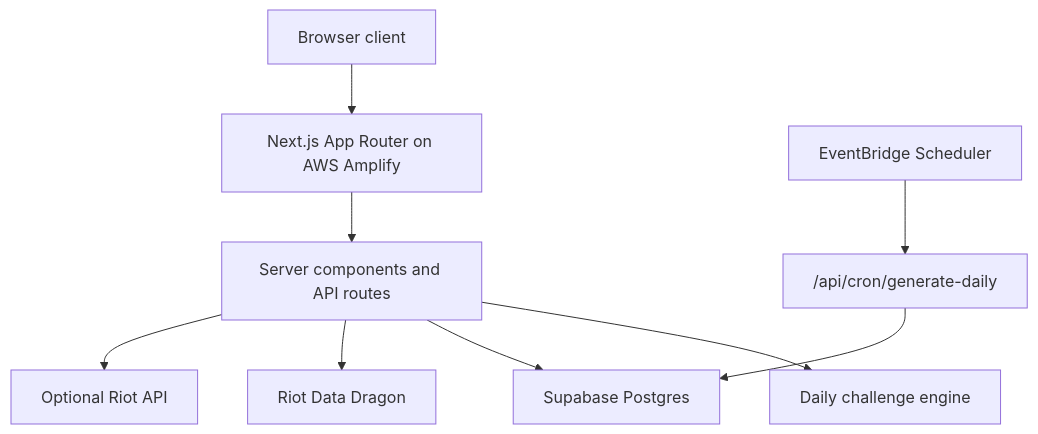
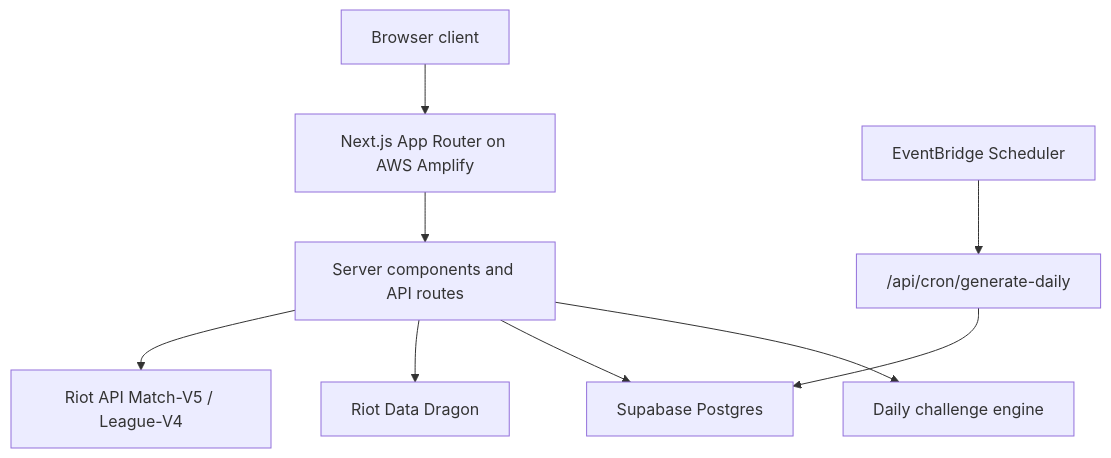
Before and after one commit to nguyenttleo/RiftDaily: the diagram in docs/ARCHITECTURE.md, drawn with Mermaid. The commit also changed other lines of this file and 21 other files, not shown here.

````diff
--- a/docs/ARCHITECTURE.md
+++ b/docs/ARCHITECTURE.md
@@ -3,11 +3,11 @@
 ```mermaid
 flowchart TD
   A["Browser client"] --> B["Next.js App Router on AWS Amplify"]
   B --> C["Server components and API routes"]
   C --> D["Daily challenge engine"]
   C --> E["Supabase Postgres"]
   C --> F["Riot Data Dragon"]
-  C --> G["Optional Riot API"]
+  C --> G["Riot API Match-V5 / League-V4"]
   I["EventBridge Scheduler"] --> J["/api/cron/generate-daily"]
   J --> E
 ```
````
